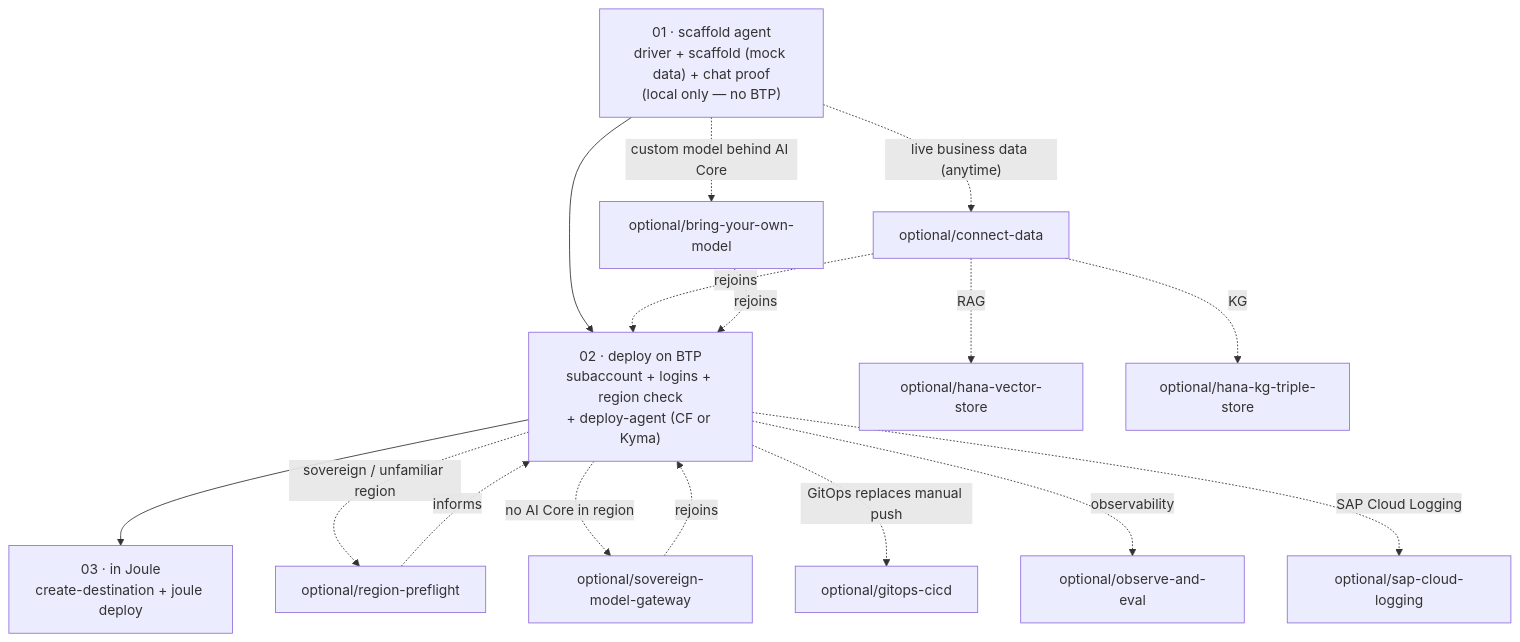
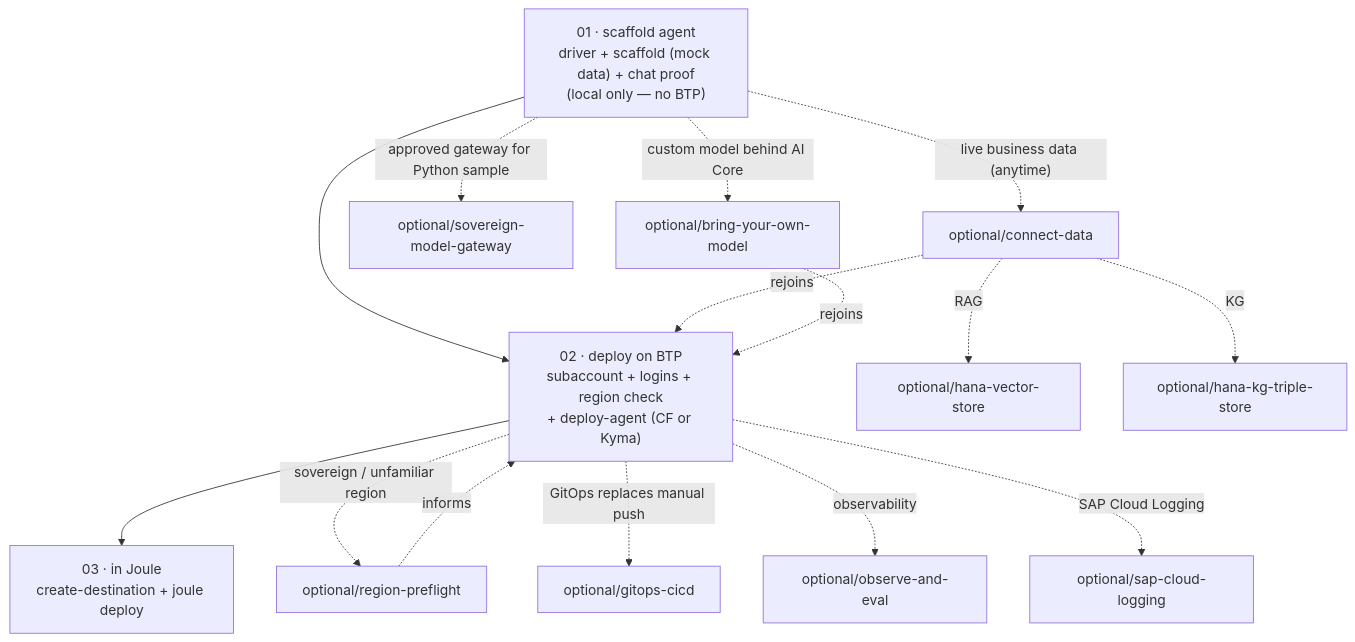
One commit to SAP/custom-agentic-cookbook changed the diagram in recipes/README.md. Above: the diagram before and after it, drawn with Mermaid. The commit also changed other lines of this file and 10 other files, not shown here.

Commit message:
feat: add an approved model gateway to the production-order sample

````diff
--- a/recipes/README.md
+++ b/recipes/README.md
@@ -29,21 +29,20 @@
 ```mermaid
 flowchart TD
     C1["01 · scaffold agent<br/>driver + scaffold (mock data) + chat proof<br/>(local only — no BTP)"] --> C2
     C2["02 · deploy on BTP<br/>subaccount + logins + region check<br/>+ deploy-agent (CF or Kyma)"] --> C3
     C3["03 · in Joule<br/>create-destination + joule deploy"]
 
     C1 -. live business data (anytime) .-> D["optional/connect-data"]
     D -. rejoins .-> C2
     C2 -. sovereign / unfamiliar region .-> P["optional/region-preflight"]
     P -. informs .-> C2
-    C2 -. no AI Core in region .-> O1["optional/sovereign-model-gateway"]
+    C1 -. approved gateway for Python sample .-> O1["optional/sovereign-model-gateway"]
     C1 -. custom model behind AI Core .-> O3["optional/bring-your-own-model"]
-    O1 -. rejoins .-> C2
     O3 -. rejoins .-> C2
     C2 -. GitOps replaces manual push .-> O2["optional/gitops-cicd"]
 
     D -. RAG .-> W1["optional/hana-vector-store"]
     D -. KG .-> W2["optional/hana-kg-triple-store"]
     C2 -. observability .-> W3["optional/observe-and-eval"]
     C2 -. SAP Cloud Logging .-> W4["optional/sap-cloud-logging"]
 ```
````
